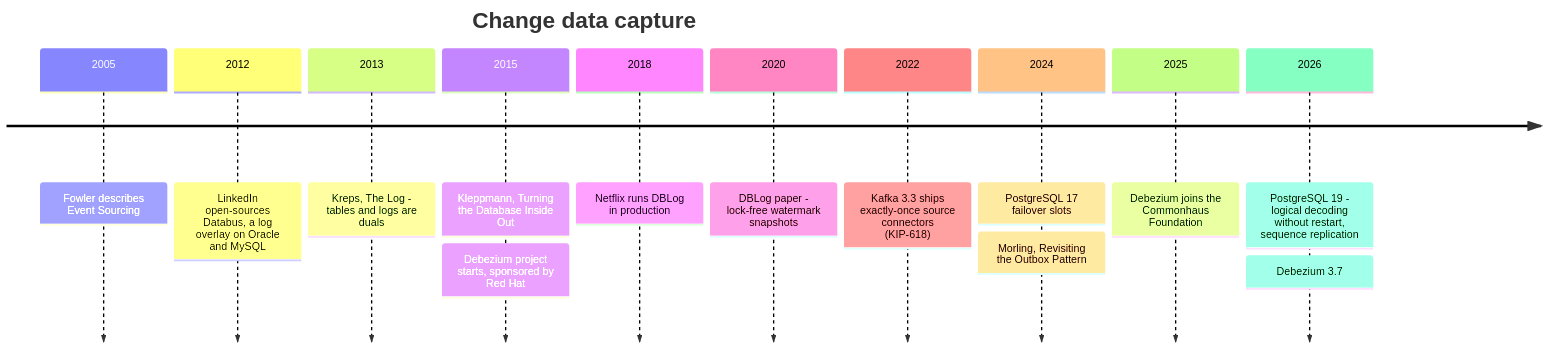
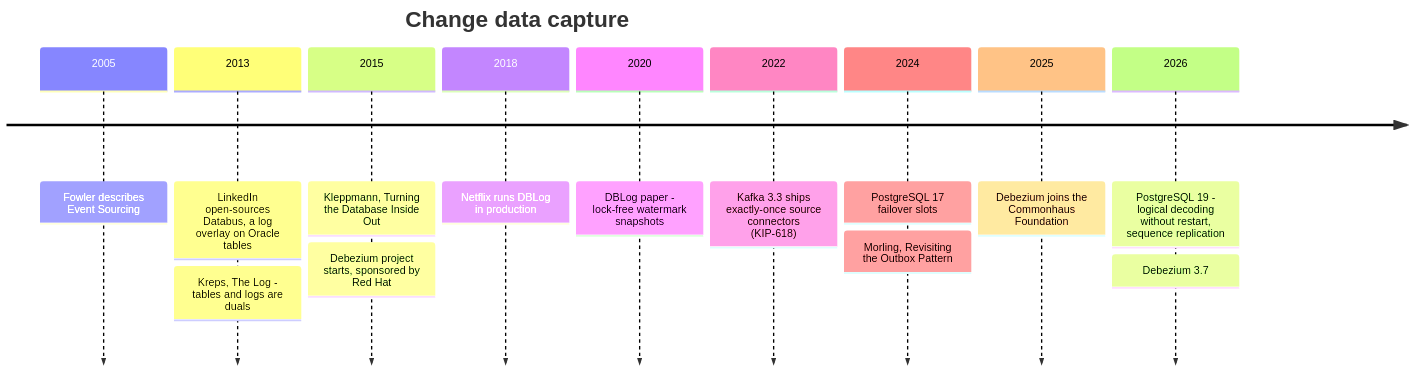
The second of 4 diagrams in Distributed Systems/Coordination & Messaging/Change Data Capture/Change Data Capture.md (ImRuliad/Library-of-Alexandria), drawn with Mermaid before and after one commit. The commit also changed other lines of this file, not shown here.

````diff
--- a/Distributed Systems/Coordination & Messaging/Change Data Capture/Change Data Capture.md
+++ b/Distributed Systems/Coordination & Messaging/Change Data Capture/Change Data Capture.md
@@ -197,17 +197,17 @@
 ```mermaid
 timeline
     title Change data capture
     2005 : Fowler describes Event Sourcing
-    2012 : LinkedIn open-sources Databus, a log overlay on Oracle and MySQL
-    2013 : Kreps, The Log - tables and logs are duals
+    2013 : LinkedIn open-sources Databus, a log overlay on Oracle tables
+         : Kreps, The Log - tables and logs are duals
     2015 : Kleppmann, Turning the Database Inside Out
          : Debezium project starts, sponsored by Red Hat
     2018 : Netflix runs DBLog in production
     2020 : DBLog paper - lock-free watermark snapshots
     2022 : Kafka 3.3 ships exactly-once source connectors (KIP-618)
     2024 : PostgreSQL 17 failover slots
          : Morling, Revisiting the Outbox Pattern
     2025 : Debezium joins the Commonhaus Foundation
     2026 : PostgreSQL 19 - logical decoding without restart, sequence replication
          : Debezium 3.7
 ```
````
